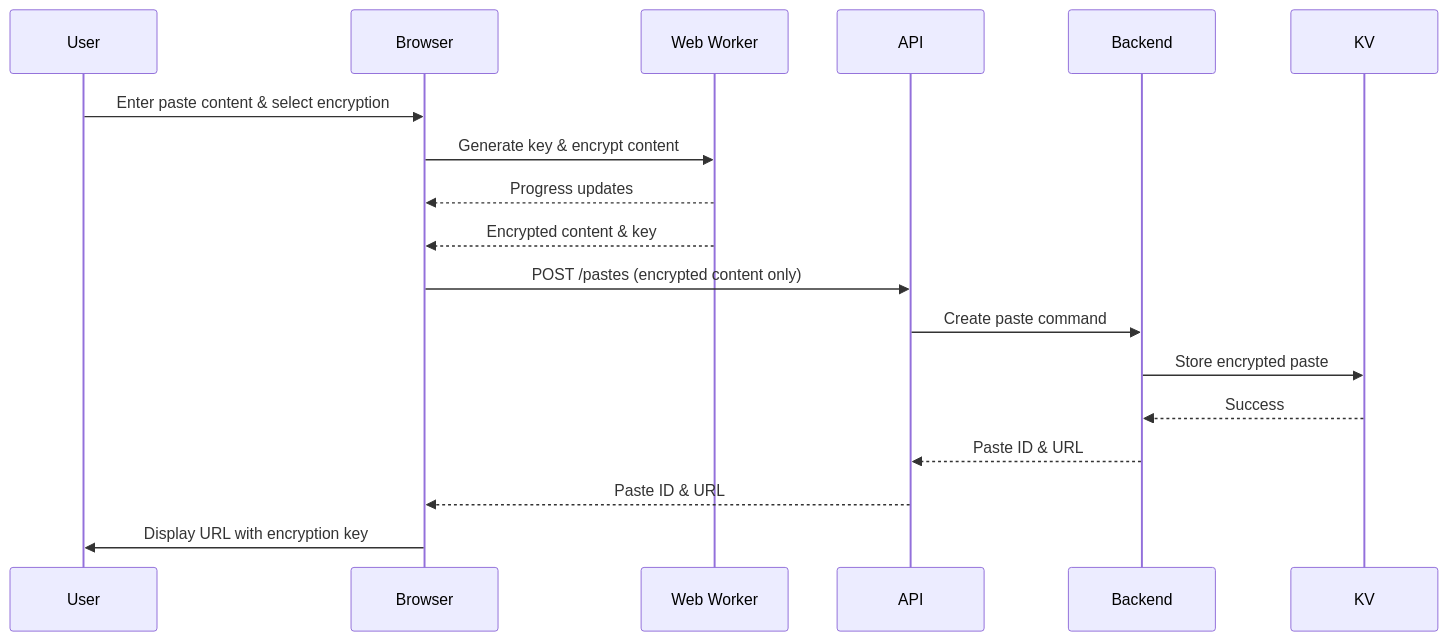
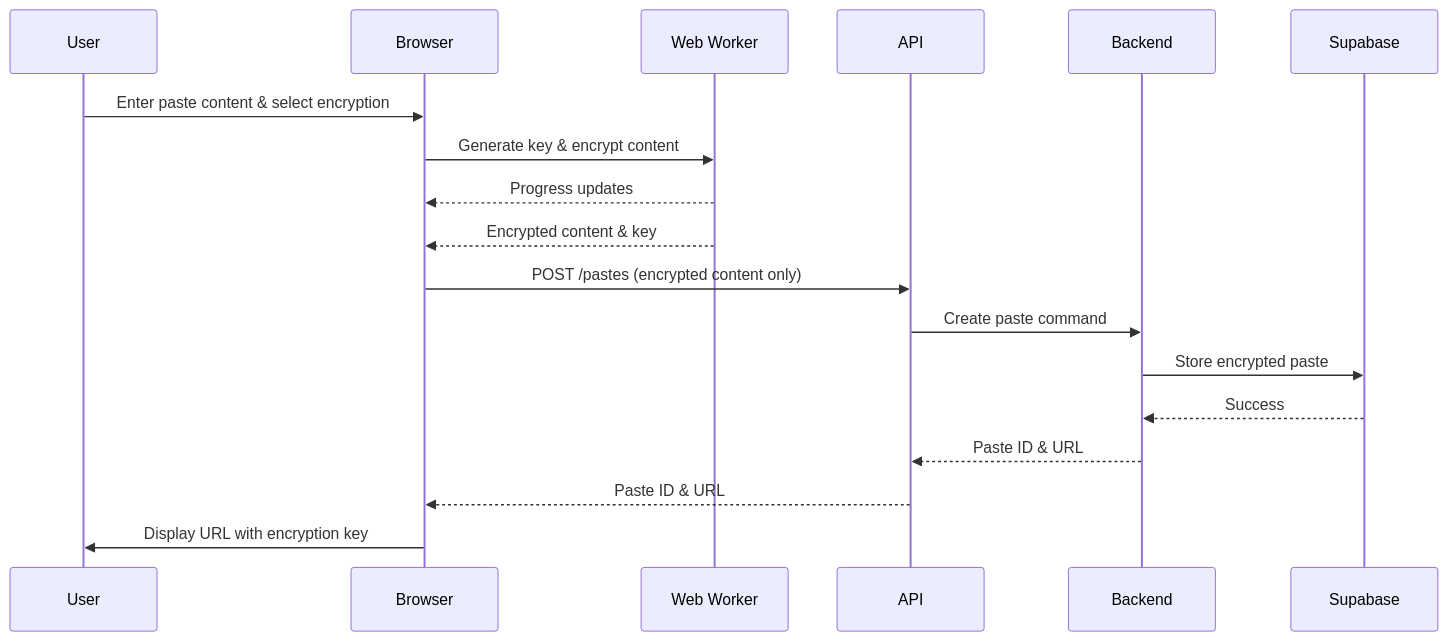
Before and after one commit to erfianugrah/pastebin: the fifth of 9 diagrams in README.md, drawn with Mermaid. The commit also changed other lines of this file and 14 other files, not shown here.

````diff
--- a/README.md
+++ b/README.md
@@ -222,21 +222,21 @@
 ```mermaid
 sequenceDiagram
     participant User
     participant Browser
     participant Worker as Web Worker
     participant API
     participant Backend
-    participant KV
-    
+    participant DB as Supabase
+
     User->>Browser: Enter paste content & select encryption
     Browser->>Worker: Generate key & encrypt content
     Worker-->>Browser: Progress updates
     Worker-->>Browser: Encrypted content & key
     Browser->>API: POST /pastes (encrypted content only)
     API->>Backend: Create paste command
-    Backend->>KV: Store encrypted paste
-    KV-->>Backend: Success
+    Backend->>DB: Store encrypted paste
+    DB-->>Backend: Success
     Backend-->>API: Paste ID & URL
     API-->>Browser: Paste ID & URL
     Browser->>User: Display URL with encryption key
 ```
````
